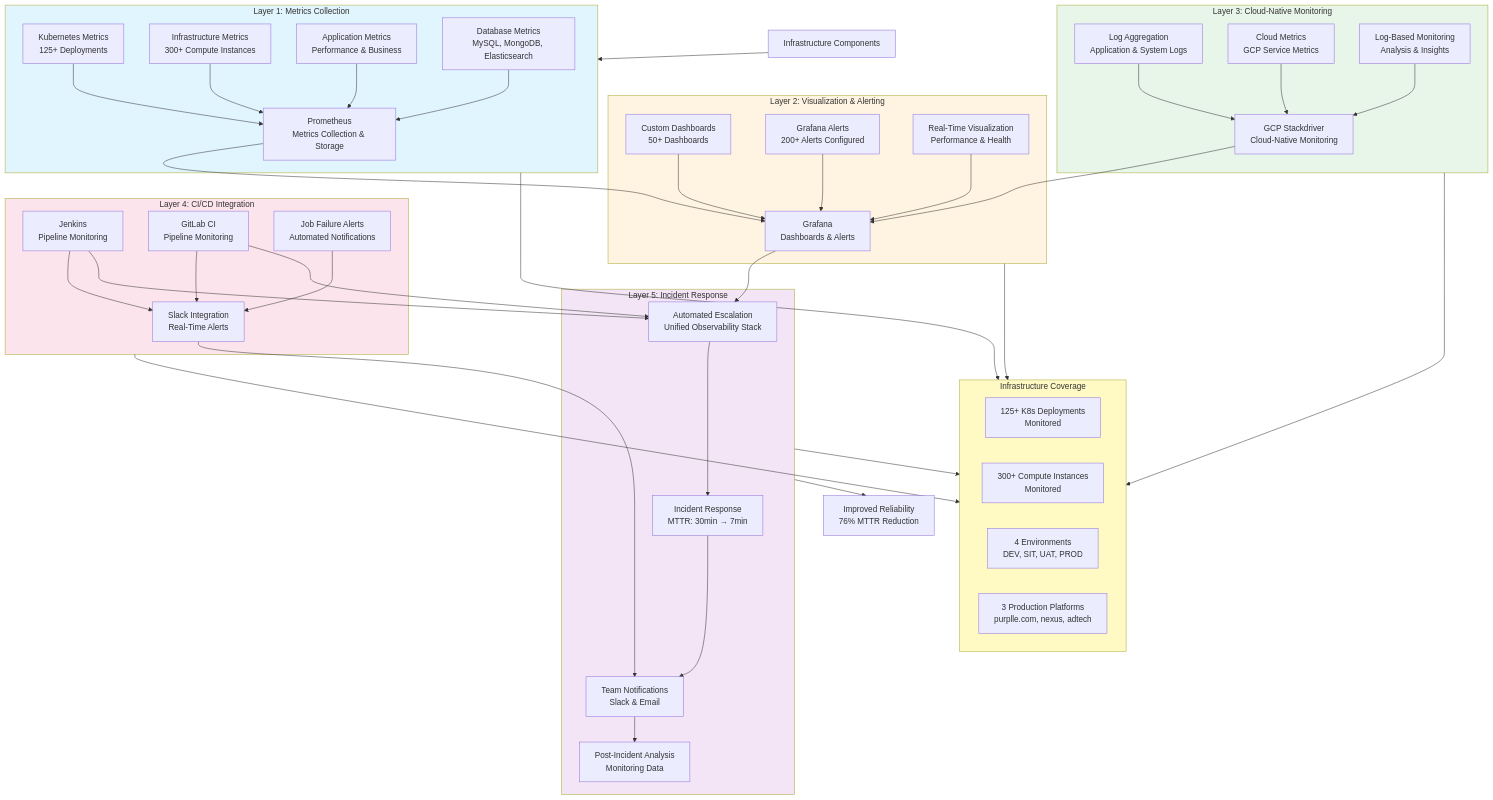
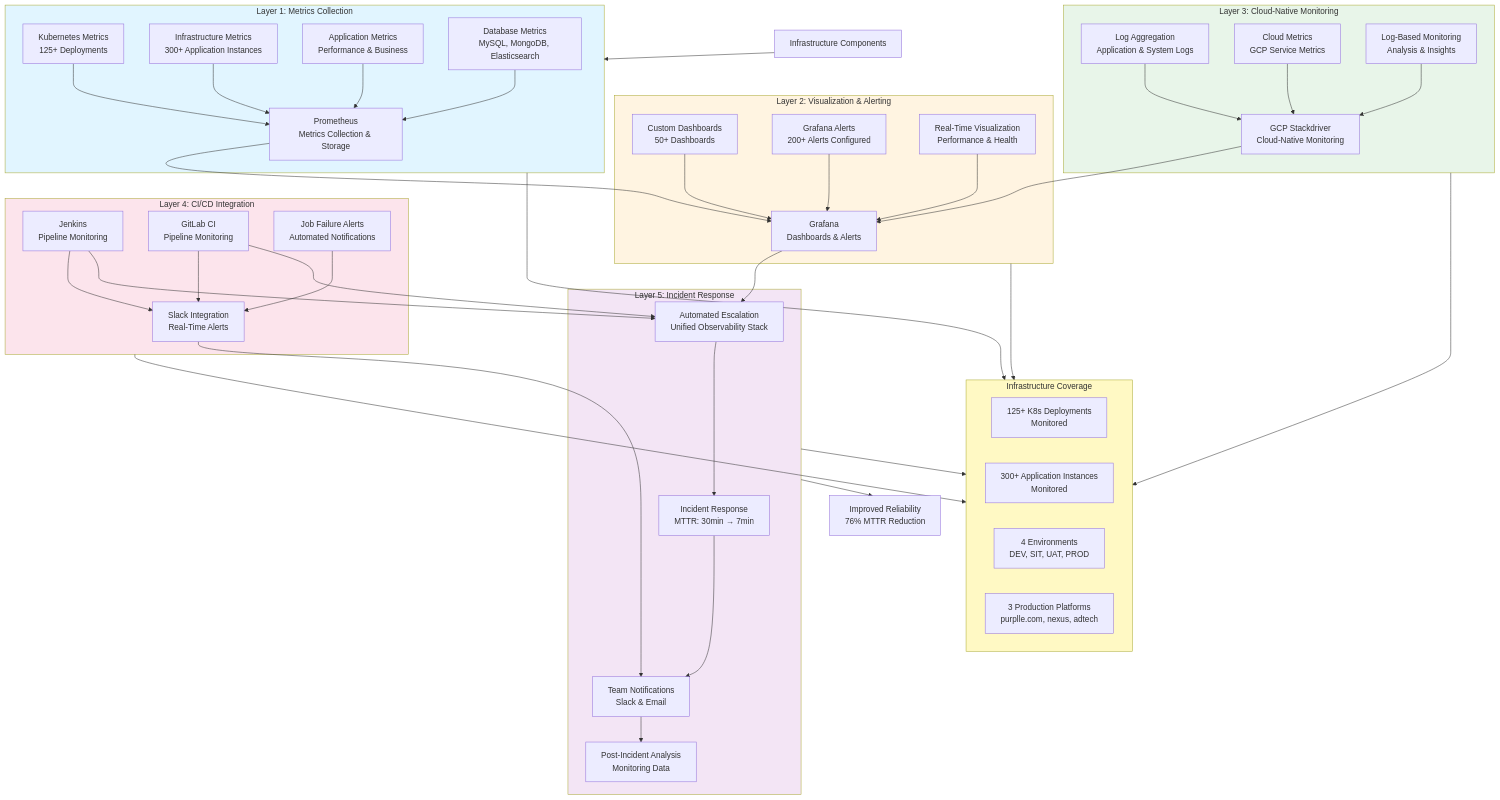
Before and after one commit to thisiskushal31/thisiskushal31: the diagram in projects/1_PurplleInfra_Monitoring_Improvement/architecture-diagram.mmd, drawn with Mermaid. The commit also changed 17 other files, not shown here.

```diff
--- a/projects/1_PurplleInfra_Monitoring_Improvement/architecture-diagram.mmd
+++ b/projects/1_PurplleInfra_Monitoring_Improvement/architecture-diagram.mmd
@@ -1,90 +1,90 @@
 ---
 # Infrastructure Monitoring Improvement - Unified Observability Architecture Diagram
 # Reference: See architecture details in architecture.md
 # This Mermaid diagram provides a representation of the unified observability architecture
 # Based on actual monitoring implementation: Prometheus, Grafana, GCP Stackdriver,
 # CI/CD integration (Jenkins with Slack), and automated incident escalation
 ---
 
 flowchart TB
     subgraph Layer1["Layer 1: Metrics Collection"]
         Prometheus[Prometheus<br/>Metrics Collection & Storage]
         K8sMetrics[Kubernetes Metrics<br/>125+ Deployments]
-        InfraMetrics[Infrastructure Metrics<br/>300+ Compute Instances]
+        InfraMetrics[Infrastructure Metrics<br/>300+ Application Instances]
         AppMetrics[Application Metrics<br/>Performance & Business]
         DBMetrics[Database Metrics<br/>MySQL, MongoDB, Elasticsearch]
         K8sMetrics --> Prometheus
         InfraMetrics --> Prometheus
         AppMetrics --> Prometheus
         DBMetrics --> Prometheus
     end
     
     subgraph Layer2["Layer 2: Visualization & Alerting"]
         Grafana[Grafana<br/>Dashboards & Alerts]
         Dashboards[Custom Dashboards<br/>50+ Dashboards]
         Alerts[Grafana Alerts<br/>200+ Alerts Configured]
         Visualization[Real-Time Visualization<br/>Performance & Health]
         Dashboards --> Grafana
         Alerts --> Grafana
         Visualization --> Grafana
     end
     
     subgraph Layer3["Layer 3: Cloud-Native Monitoring"]
         Stackdriver[GCP Stackdriver<br/>Cloud-Native Monitoring]
         LogAgg[Log Aggregation<br/>Application & System Logs]
         CloudMetrics[Cloud Metrics<br/>GCP Service Metrics]
         LogAnalysis[Log-Based Monitoring<br/>Analysis & Insights]
         LogAgg --> Stackdriver
         CloudMetrics --> Stackdriver
         LogAnalysis --> Stackdriver
     end
     
     subgraph Layer4["Layer 4: CI/CD Integration"]
         Jenkins[Jenkins<br/>Pipeline Monitoring]
         GitLabCI[GitLab CI<br/>Pipeline Monitoring]
         Slack[Slack Integration<br/>Real-Time Alerts]
         JobAlerts[Job Failure Alerts<br/>Automated Notifications]
         Jenkins --> Slack
         GitLabCI --> Slack
         JobAlerts --> Slack
     end
     
     subgraph Layer5["Layer 5: Incident Response"]
         AutoEscalation[Automated Escalation<br/>Unified Observability Stack]
         IncidentResp[Incident Response<br/>MTTR: 30min → 7min]
         TeamNotify[Team Notifications<br/>Slack & Email]
         PostIncident[Post-Incident Analysis<br/>Monitoring Data]
         AutoEscalation --> IncidentResp
         IncidentResp --> TeamNotify
         TeamNotify --> PostIncident
     end
     
     subgraph Infrastructure["Infrastructure Coverage"]
         K8sDeploy[125+ K8s Deployments<br/>Monitored]
-        ComputeInst[300+ Compute Instances<br/>Monitored]
+        ComputeInst[300+ Application Instances<br/>Monitored]
         Environments[4 Environments<br/>DEV, SIT, UAT, PROD]
         Platforms[3 Production Platforms<br/>purplle.com, nexus, adtech]
     end
     
     Prometheus --> Grafana
     Grafana --> AutoEscalation
     Stackdriver --> Grafana
     Jenkins --> AutoEscalation
     GitLabCI --> AutoEscalation
     Slack --> TeamNotify
     
     Layer1 --> Infrastructure
     Layer2 --> Infrastructure
     Layer3 --> Infrastructure
     Layer4 --> Infrastructure
     Layer5 --> Infrastructure
     
     External[Infrastructure Components] --> Layer1
     Layer5 --> Internal[Improved Reliability<br/>76% MTTR Reduction]
     
     style Layer1 fill:#e1f5ff
     style Layer2 fill:#fff4e1
     style Layer3 fill:#e8f5e9
     style Layer4 fill:#fce4ec
     style Layer5 fill:#f3e5f5
     style Infrastructure fill:#fff9c4
```
